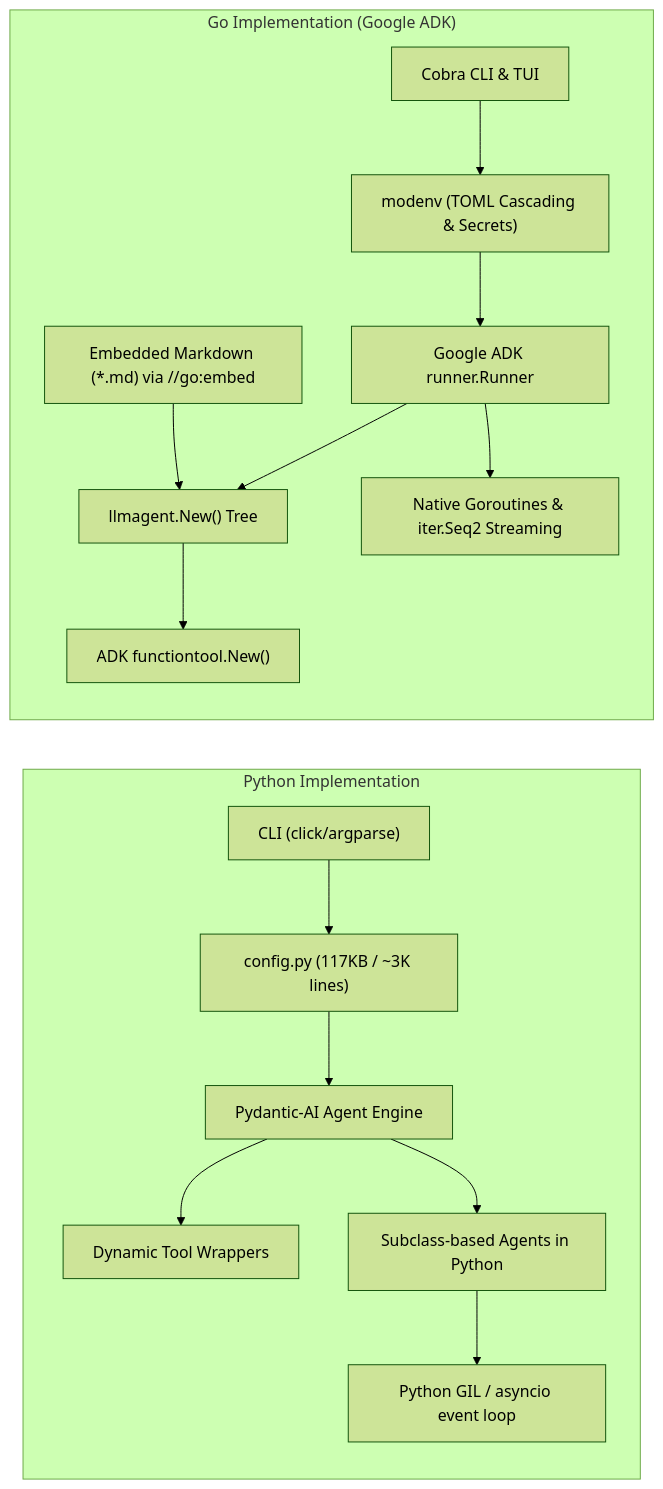
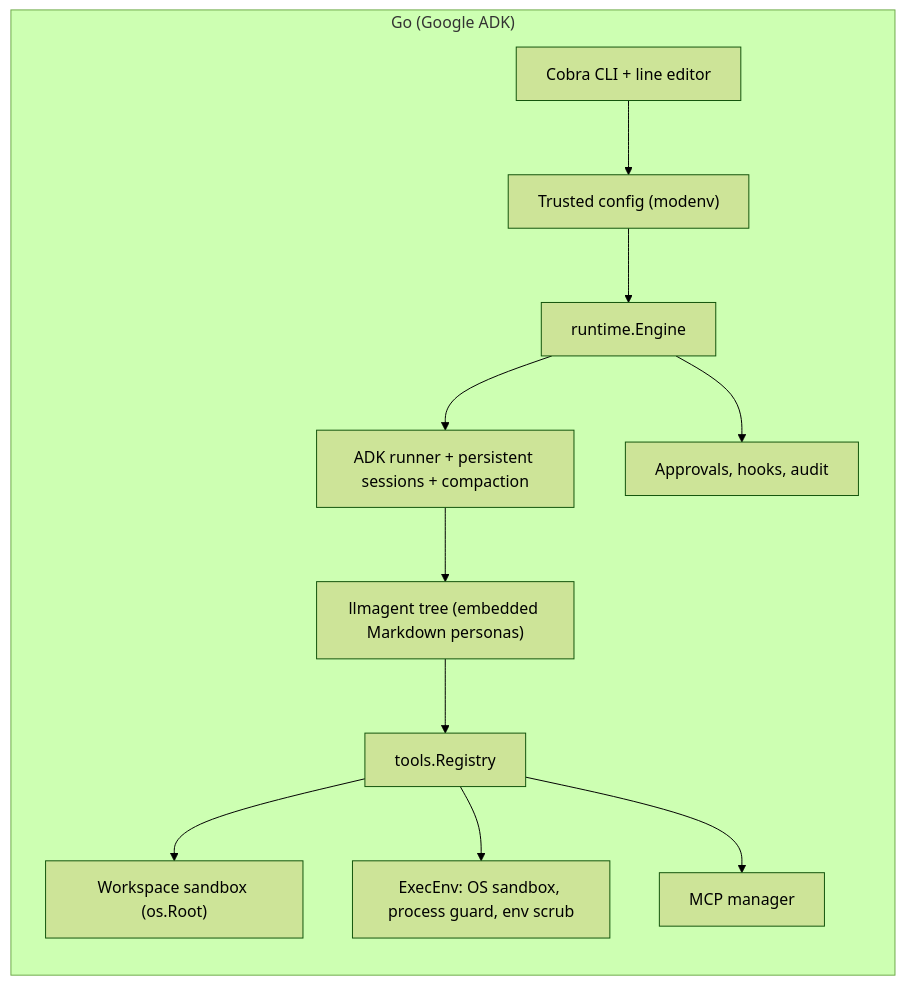
One commit to rmcguinness/code_puppy changed the diagram in go/COMPARISON.md. Above: the diagram before and after it, drawn with Mermaid (forest theme). The commit also changed other lines of this file and 70 other files, not shown here.

First line of the commit message:
Go: Anthropic provider, compaction, i18n, images and roadmap items 1-8

````diff
--- a/go/COMPARISON.md
+++ b/go/COMPARISON.md
@@ -33,19 +74,14 @@
 ```mermaid
 graph LR
-    subgraph PythonArch["Python Implementation"]
-        PyCLI["CLI (click/argparse)"] --> PyConfig["config.py (117KB / ~3K lines)"]
-        PyConfig --> PydanticAI["Pydantic-AI Agent Engine"]
-        PydanticAI --> PyTools["Dynamic Tool Wrappers"]
-        PydanticAI --> MonolithicAgents["Subclass-based Agents in Python"]
-        MonolithicAgents --> PyGIL["Python GIL / asyncio event loop"]
-    end
-
-    subgraph GoArch["Go Implementation (Google ADK)"]
-        GoCLI["Cobra CLI & TUI"] --> Modenv["modenv (TOML Cascading & Secrets)"]
-        Modenv --> ADKRunner["Google ADK runner.Runner"]
-        ADKRunner --> ADKAgents["llmagent.New() Tree"]
-        EmbedMD["Embedded Markdown (*.md) via //go:embed"] --> ADKAgents
-        ADKAgents --> FuncTools["ADK functiontool.New()"]
-        ADKRunner --> Goroutines["Native Goroutines & iter.Seq2 Streaming"]
+    subgraph Go["Go (Google ADK)"]
+        CLI["Cobra CLI + line editor"] --> Cfg["Trusted config (modenv)"]
+        Cfg --> Engine["runtime.Engine"]
+        Engine --> Runner["ADK runner + persistent sessions + compaction"]
+        Runner --> Agents["llmagent tree (embedded Markdown personas)"]
+        Agents --> Tools["tools.Registry"]
+        Tools --> WS["Workspace sandbox (os.Root)"]
+        Tools --> Exec["ExecEnv: OS sandbox, process guard, env scrub"]
+        Tools --> MCP["MCP manager"]
+        Engine --> Hooks["Approvals, hooks, audit"]
     end
 ```
````
